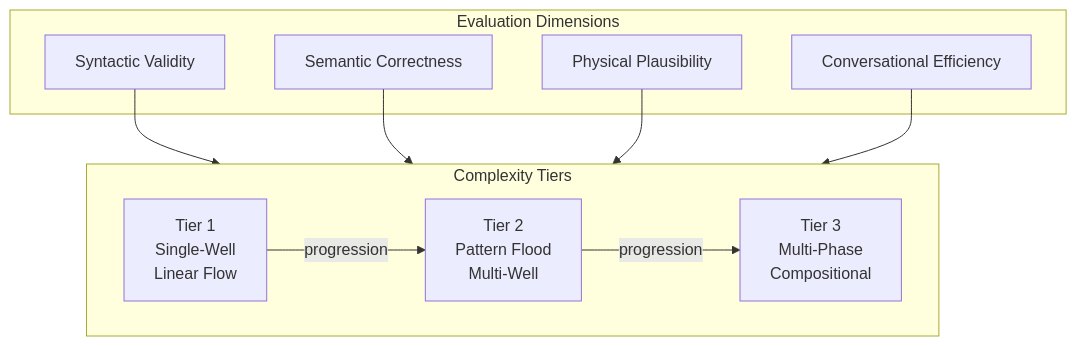
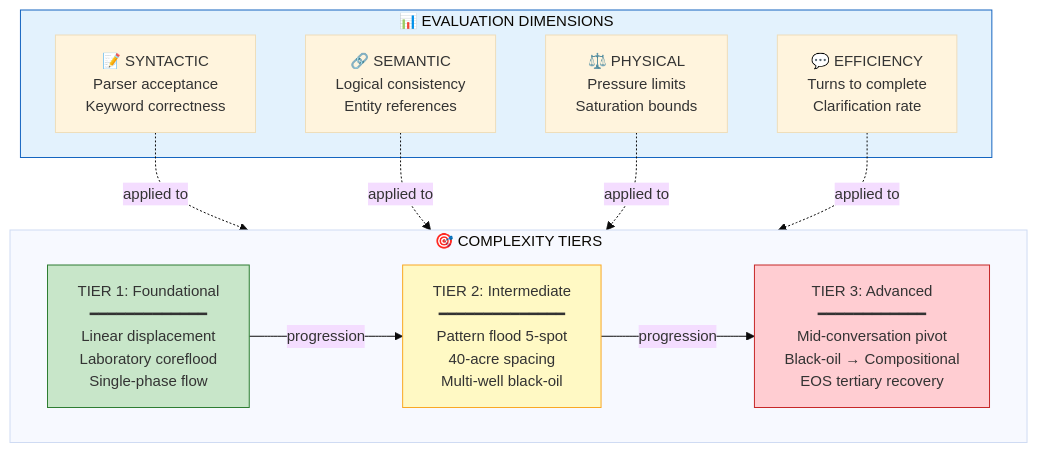
Before and after one commit to wolfram-laube/clarissa: the diagram in conference/spe-europe-2026/diagrams/rigor.mmd, drawn with Mermaid. The commit also changed 5 other files, not shown here.

First line of the commit message:
docs: update Mermaid diagram sources with corrections

```diff
--- a/conference/spe-europe-2026/diagrams/rigor.mmd
+++ b/conference/spe-europe-2026/diagrams/rigor.mmd
@@ -1,22 +1,26 @@
+%%{init: {'theme': 'base', 'themeVariables': {'fontSize': '15px'}}}%%
 flowchart TB
-    subgraph DIMS["Evaluation Dimensions"]
-        D1[Syntactic Validity]
-        D2[Semantic Correctness]
-        D3[Physical Plausibility]
-        D4[Conversational Efficiency]
+    subgraph DIM["📊 EVALUATION DIMENSIONS"]
+        D1["📝 SYNTACTIC<br/>Parser acceptance<br/>Keyword correctness"]
+        D2["🔗 SEMANTIC<br/>Logical consistency<br/>Entity references"]
+        D3["⚖️ PHYSICAL<br/>Pressure limits<br/>Saturation bounds"]
+        D4["💬 EFFICIENCY<br/>Turns to complete<br/>Clarification rate"]
     end
 
-    subgraph TIERS["Complexity Tiers"]
-        direction LR
-        T1[Tier 1<br/>Single-Well<br/>Linear Flow]
-        T2[Tier 2<br/>Pattern Flood<br/>Multi-Well]
-        T3[Tier 3<br/>Multi-Phase<br/>Compositional]
+    subgraph TIERS["🎯 COMPLEXITY TIERS"]
+        T1["TIER 1: Foundational<br/>━━━━━━━━━━━━━<br/>Linear displacement<br/>Laboratory coreflood<br/>Single-phase flow"]
+        T2["TIER 2: Intermediate<br/>━━━━━━━━━━━━━━<br/>Pattern flood 5-spot<br/>40-acre spacing<br/>Multi-well black-oil"]
+        T3["TIER 3: Advanced<br/>━━━━━━━━━━━━<br/>Mid-conversation pivot<br/>Black-oil → Compositional<br/>EOS tertiary recovery"]
     end
 
-    D1 --> TIERS
-    D2 --> TIERS
-    D3 --> TIERS
-    D4 --> TIERS
+    D1 -.->|applied to| TIERS
+    D2 -.->|applied to| TIERS
+    D3 -.->|applied to| TIERS
+    D4 -.->|applied to| TIERS
+    
+    T1 -->|progression| T2 -->|progression| T3
 
-    T1 -->|progression| T2
-    T2 -->|progression| T3
+    style DIM fill:#e3f2fd,stroke:#1565c0
+    style T1 fill:#c8e6c9,stroke:#2e7d32
+    style T2 fill:#fff9c4,stroke:#f9a825
+    style T3 fill:#ffcdd2,stroke:#c62828
```
